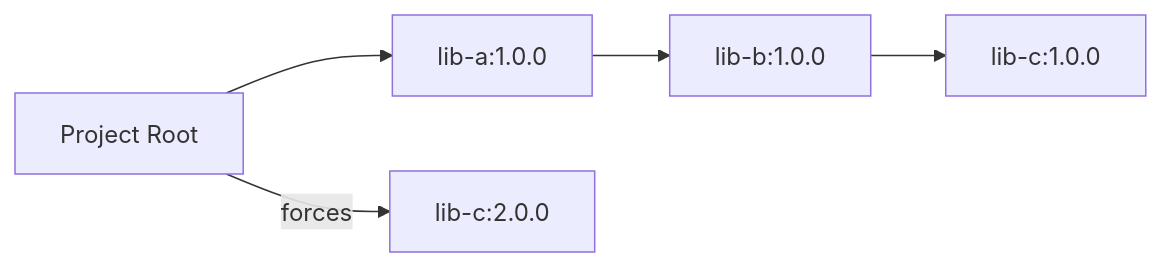
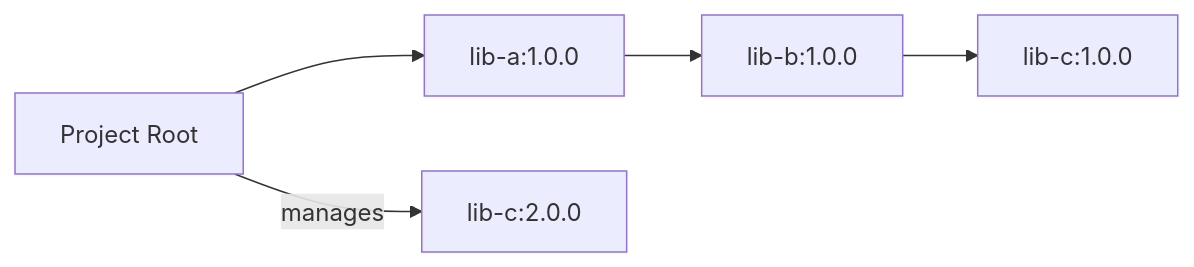
One commit to JavaDependencyHell/fieldguide changed the diagram in demos/maven-demo/scenario-6-forcing/guide.qmd. Above: the diagram before and after it, drawn with Mermaid. The commit also changed other lines of this file and 208 other files, not shown here.

````diff
--- a/demos/maven-demo/scenario-6-forcing/guide.qmd
+++ b/demos/maven-demo/scenario-6-forcing/guide.qmd
@@ -19,8 +19,8 @@
 ```{mermaid}
 %%| fig-width: 4.4
 graph LR
     Root[Project Root] --> LibA[lib-a:1.0.0]
     LibA --> LibB[lib-b:1.0.0]
     LibB --> LibC[lib-c:1.0.0]
-    Root -- forces --> LibC_Forced[lib-c:2.0.0]
+    Root -- manages --> LibC_Forced[lib-c:2.0.0]
 ```
````
